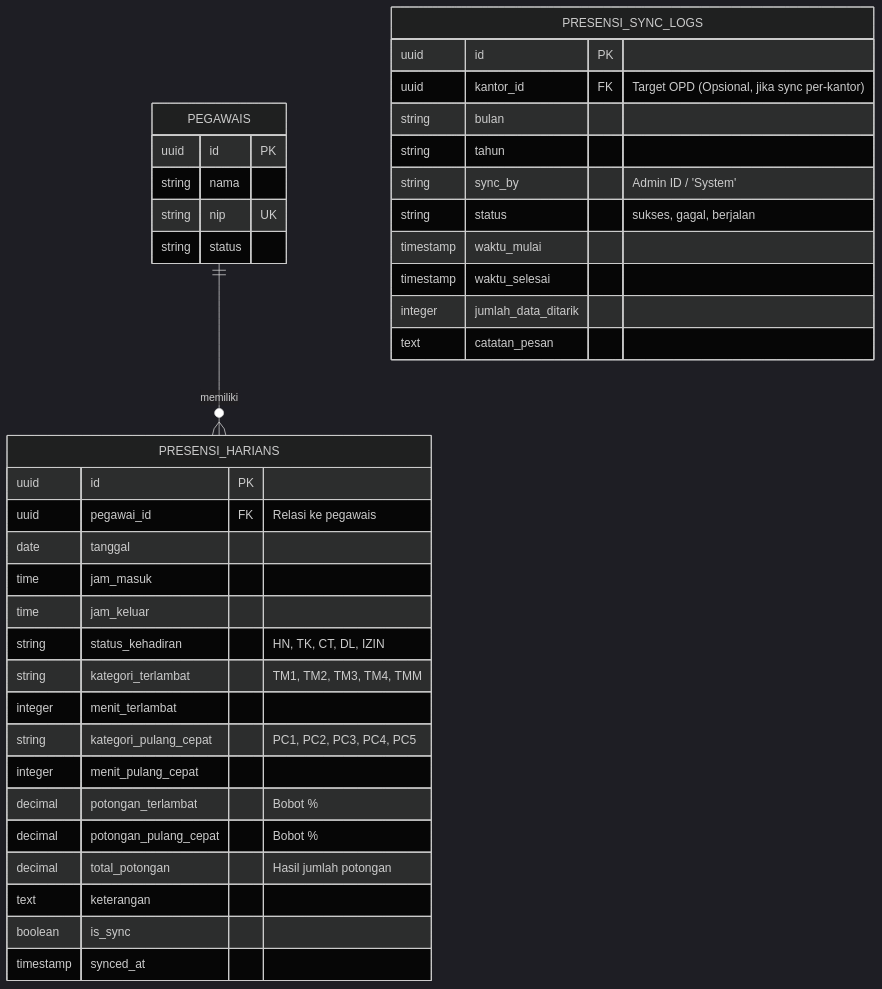
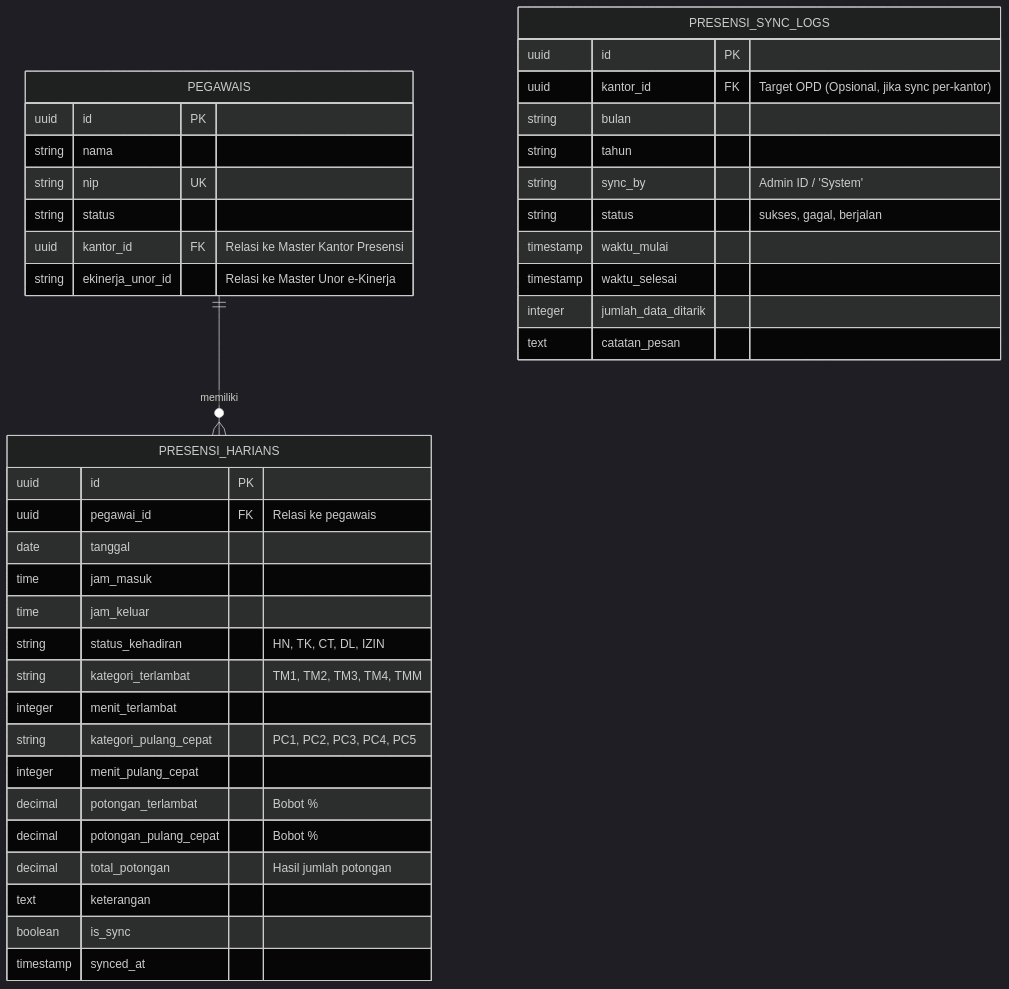
Before and after one commit to apriandewa/sakti: the second of 2 diagrams in docs/PRD_Presensi_Pegawai.md, drawn with Mermaid (dark theme). The commit also changed other lines of this file and 29 other files, not shown here.

Commit message:
perbaiki modul kinerja dan presensi

````diff
--- a/docs/PRD_Presensi_Pegawai.md
+++ b/docs/PRD_Presensi_Pegawai.md
@@ -326,43 +330,45 @@
 ```mermaid
 erDiagram
     PEGAWAIS {
         uuid id PK
         string nama
         string nip UK
         string status
+        uuid kantor_id FK "Relasi ke Master Kantor Presensi"
+        string ekinerja_unor_id "Relasi ke Master Unor e-Kinerja"
     }
 
     PRESENSI_HARIANS {
         uuid id PK
         uuid pegawai_id FK "Relasi ke pegawais"
         date tanggal
         time jam_masuk
         time jam_keluar
         string status_kehadiran "HN, TK, CT, DL, IZIN"
         string kategori_terlambat "TM1, TM2, TM3, TM4, TMM"
         integer menit_terlambat
         string kategori_pulang_cepat "PC1, PC2, PC3, PC4, PC5"
         integer menit_pulang_cepat
         decimal potongan_terlambat "Bobot %"
         decimal potongan_pulang_cepat "Bobot %"
         decimal total_potongan "Hasil jumlah potongan"
         text keterangan
         boolean is_sync
         timestamp synced_at
     }
 
     PRESENSI_SYNC_LOGS {
         uuid id PK
         uuid kantor_id FK "Target OPD (Opsional, jika sync per-kantor)"
         string bulan
         string tahun
         string sync_by "Admin ID / 'System'"
         string status "sukses, gagal, berjalan"
         timestamp waktu_mulai
         timestamp waktu_selesai
         integer jumlah_data_ditarik
         text catatan_pesan
     }
 
     PEGAWAIS ||--o{ PRESENSI_HARIANS : "memiliki"
 ```
````
